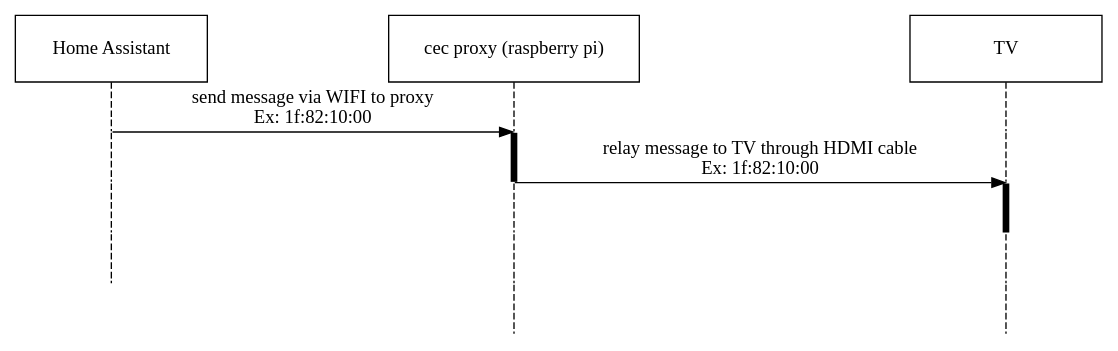
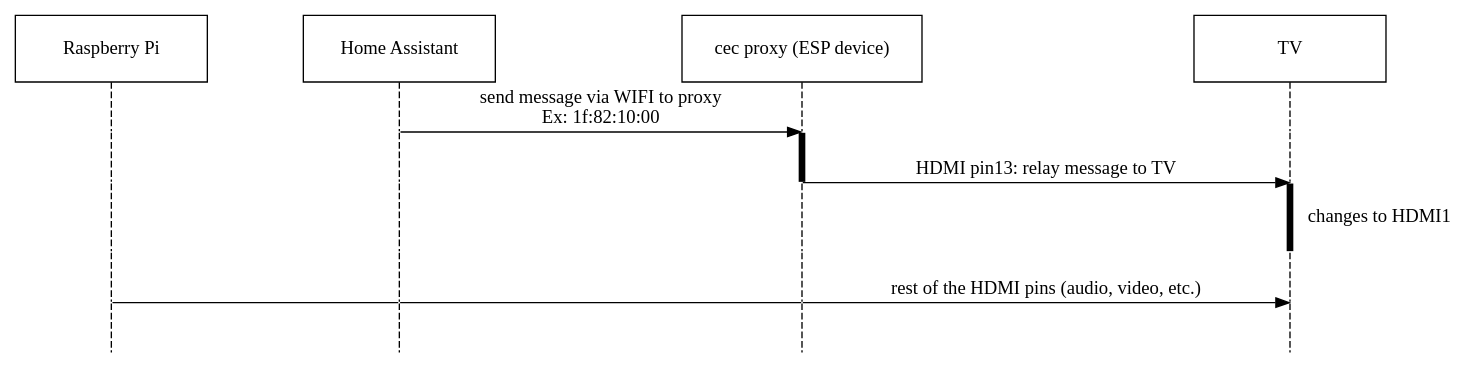
The diagram in src/graphs/cec_sequence.dot (jrobichaud/retrogaming), drawn with Graphviz before and after one commit. The commit also changed 12 other files, not shown here.

Commit message:
New hdmi cec proxy using esphome

```diff
--- a/src/graphs/cec_sequence.dot
+++ b/src/graphs/cec_sequence.dot
@@ -1,35 +1,46 @@
 // https://stackoverflow.com/a/59363959/2115513
 digraph SEQ_DIAGRAM {
     graph [overlap = true, splines = line, nodesep = 1.0, ordering = out];
     edge [arrowhead = none];
     node [shape = none, width = 0, height = 0, label = ""];
 
     {
         rank = same;
         node [shape = rectangle, height = 0.7, width = 2];
+        pi [label = "Raspberry Pi"];
         homeassistant [label = "Home Assistant"];
-        cec [label = "cec proxy (raspberry pi)"];
-        tv [label = "TV"];
+        cec [label = "cec proxy (ESP device)"];
+        tv [label = "TV"]
     }
     // Draw vertical lines
     {
         edge [style = dashed, weight = 6];
-        homeassistant -> a1 -> a2 -> a3;
-        a3 -> a5;
+        pi -> a1 -> a2 -> a3 -> a4 -> a5;
     }
     {
         edge [style = dashed, weight = 6];
-        cec -> b1
-        b1 -> b2 [penwidth = 5, style = solid];
-        b2 -> b3 -> b4 -> b5;
+        homeassistant -> b1 -> b2 -> b3;
+        b3 -> b4 -> b5;
     }
     {
         edge [style = dashed, weight = 6];
-        tv -> c1;
-        c1 -> c2;
-        c2 -> c3 [penwidth = 5, style = solid];
-        c3 -> c4 -> c5;
+        cec -> c1
+        c1 -> c2 [penwidth = 5, style = solid];
+        c2 -> c3 -> c4 -> c5;
     }
-    { rank = same; a1 -> b1 [label = "send message via WIFI to proxy\nEx: 1f:82:10:00", arrowhead = normal]; }
-    { rank = same; b2 -> c2 [label ="relay message to TV through HDMI cable\nEx: 1f:82:10:00", arrowhead = normal]; }
+    {
+        edge [style = dashed, weight = 6];
+        tv -> d1;
+        d1 -> d2;
+        d2 -> d3 [penwidth = 5, style = solid, label="changes to HDMI1"];
+        d3 -> d4 -> d5;
+    }
+    { rank = same; b1 -> c1 [label = "send message via WIFI to proxy\nEx: 1f:82:10:00", arrowhead = normal]; }
+    { rank = same; c2 -> d2 [label = "HDMI pin13: relay message to TV", arrowhead = normal]; }
+    { rank = same;
+        a4 -> b4;
+        b4 -> c4;
+        c4 -> d4 [label ="rest of the HDMI pins (audio, video, etc.)", arrowhead = normal];
+    }
+
 }
```
